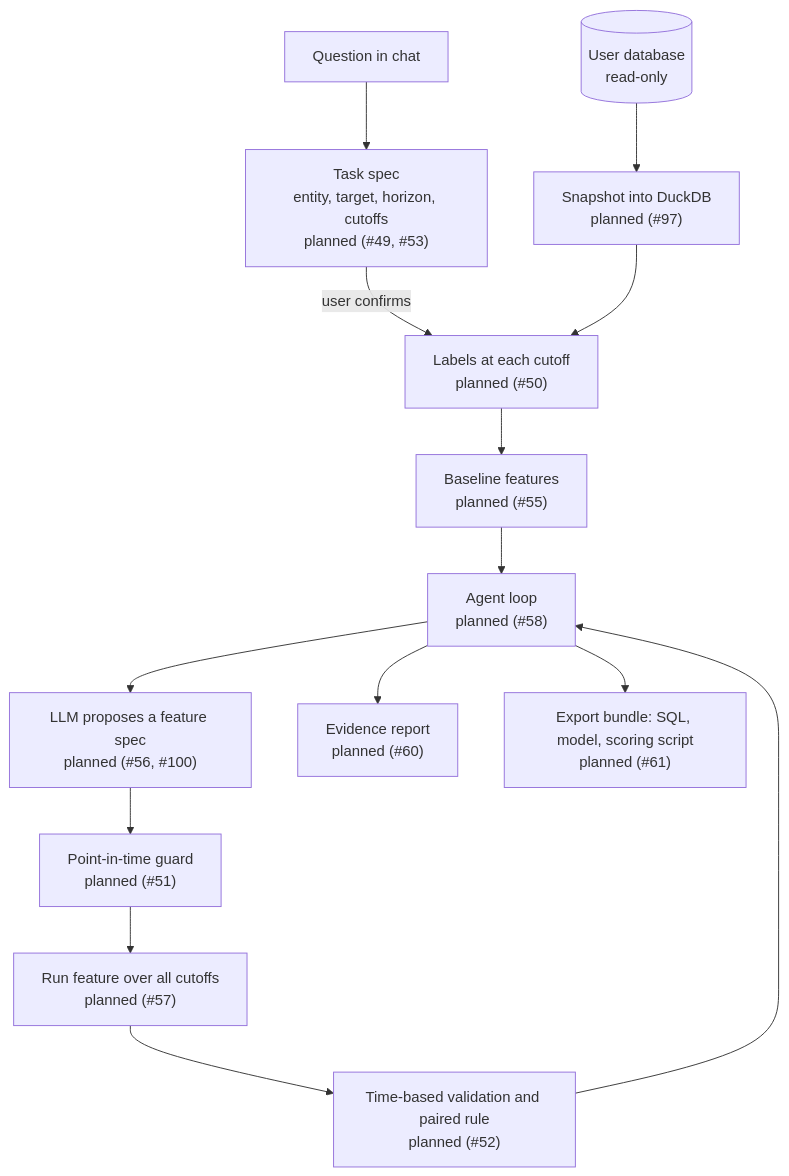
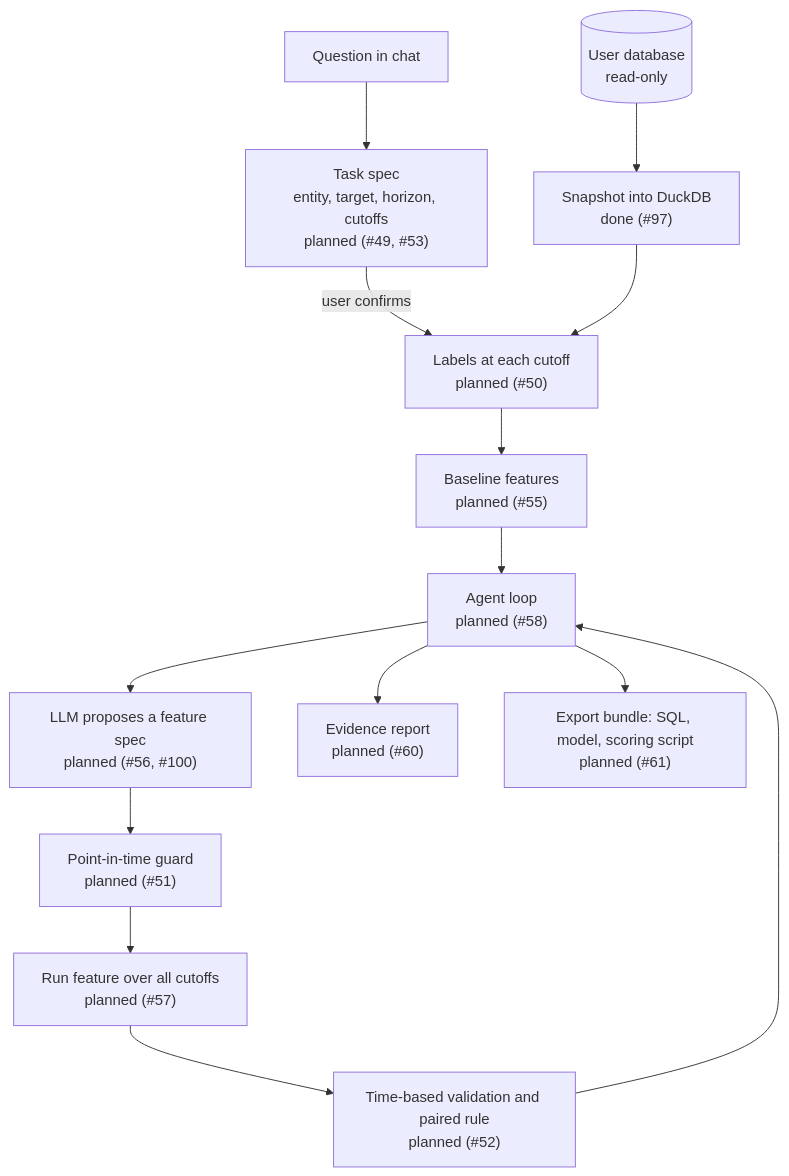
The third of 4 diagrams in docs/architecture.md (Harsh-Yadav-664/ML-Pilot), drawn with Mermaid before and after one commit. The commit also changed other lines of this file and 21 other files, not shown here.

````diff
--- a/docs/architecture.md
+++ b/docs/architecture.md
@@ -81,16 +82,16 @@
 ```mermaid
 flowchart TD
     Q["Question in chat"] --> TS["Task spec<br/>entity, target, horizon, cutoffs<br/>planned (#49, #53)"]
     TS -->|"user confirms"| LB["Labels at each cutoff<br/>planned (#50)"]
-    DB[("User database<br/>read-only")] --> SN["Snapshot into DuckDB<br/>planned (#97)"]
+    DB[("User database<br/>read-only")] --> SN["Snapshot into DuckDB<br/>done (#97)"]
     SN --> LB
     LB --> BF["Baseline features<br/>planned (#55)"]
     BF --> LOOP["Agent loop<br/>planned (#58)"]
     LLM["LLM proposes a feature spec<br/>planned (#56, #100)"] --> PG["Point-in-time guard<br/>planned (#51)"]
     PG --> FX["Run feature over all cutoffs<br/>planned (#57)"]
     FX --> TV["Time-based validation and paired rule<br/>planned (#52)"]
     TV --> LOOP
     LOOP --> LLM
     LOOP --> RP["Evidence report<br/>planned (#60)"]
     LOOP --> EX["Export bundle: SQL, model, scoring script<br/>planned (#61)"]
 ```
````
